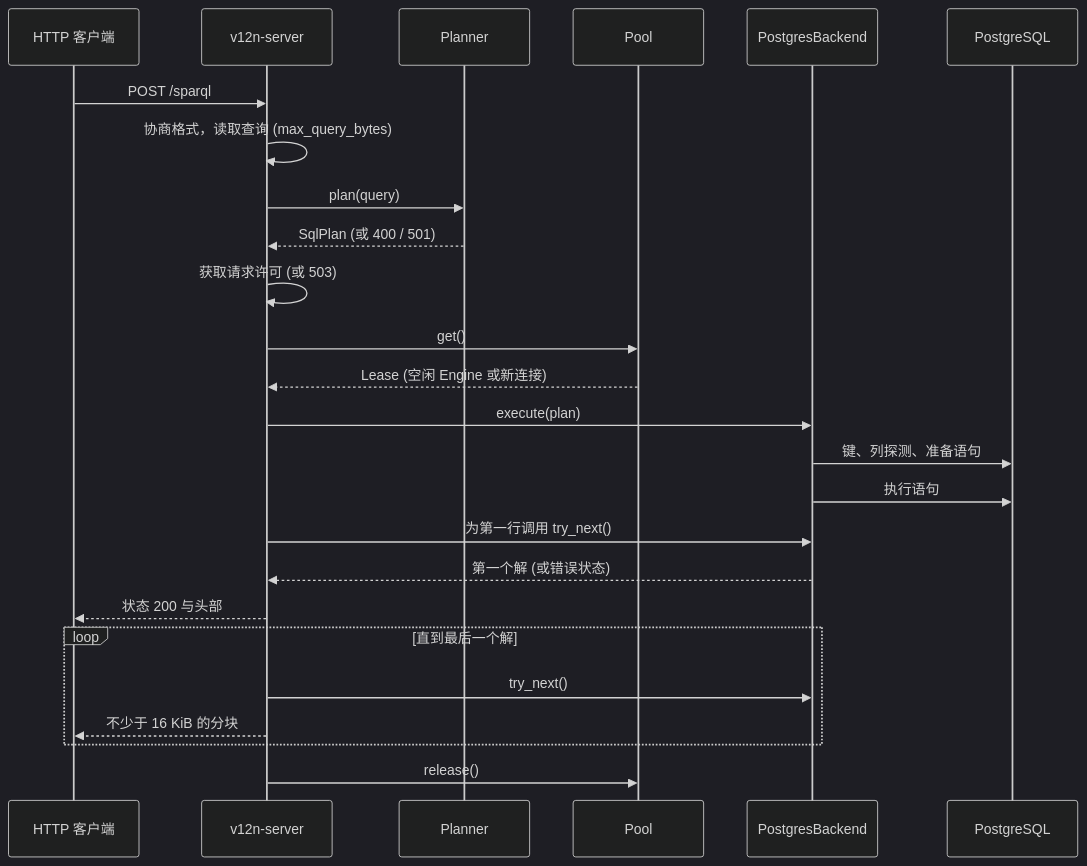
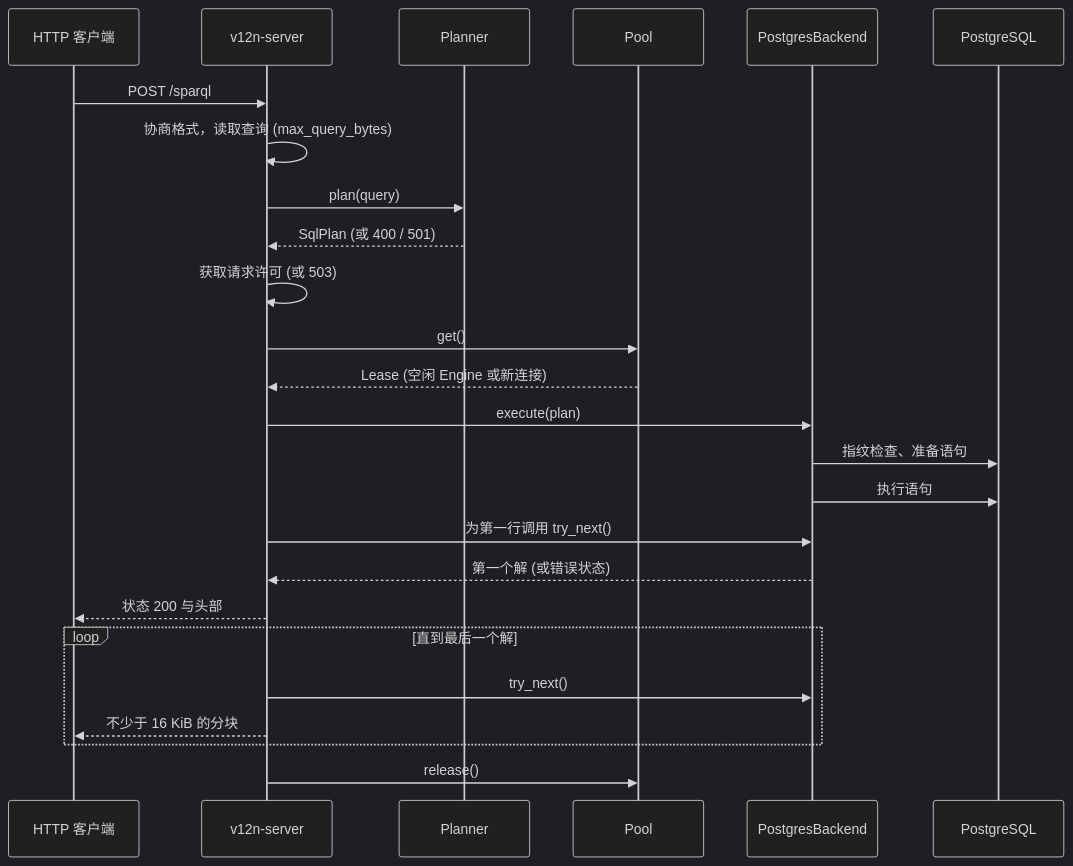
One commit to CharmingGroot/sparql-v12n changed the fifth of 5 diagrams in docs/architecture.zh-CN.md. Above: the diagram before and after it, drawn with Mermaid (dark theme). The commit also changed other lines of this file and 26 other files, not shown here.

````diff
--- a/docs/architecture.zh-CN.md
+++ b/docs/architecture.zh-CN.md
@@ -134,27 +136,27 @@
 ```mermaid
 sequenceDiagram
     participant C as HTTP 客户端
     participant S as v12n-server
     participant P as Planner
     participant L as Pool
     participant B as PostgresBackend
     participant D as PostgreSQL
     C->>S: POST /sparql
     S->>S: 协商格式，读取查询 (max_query_bytes)
     S->>P: plan(query)
     P-->>S: SqlPlan (或 400 / 501)
     S->>S: 获取请求许可 (或 503)
     S->>L: get()
     L-->>S: Lease (空闲 Engine 或新连接)
     S->>B: execute(plan)
-    B->>D: 键、列探测、准备语句
+    B->>D: 指纹检查、准备语句
     B->>D: 执行语句
     S->>B: 为第一行调用 try_next()
     B-->>S: 第一个解 (或错误状态)
     S-->>C: 状态 200 与头部
     loop 直到最后一个解
         S->>B: try_next()
         S-->>C: 不少于 16 KiB 的分块
     end
     S->>L: release()
 ```
````
